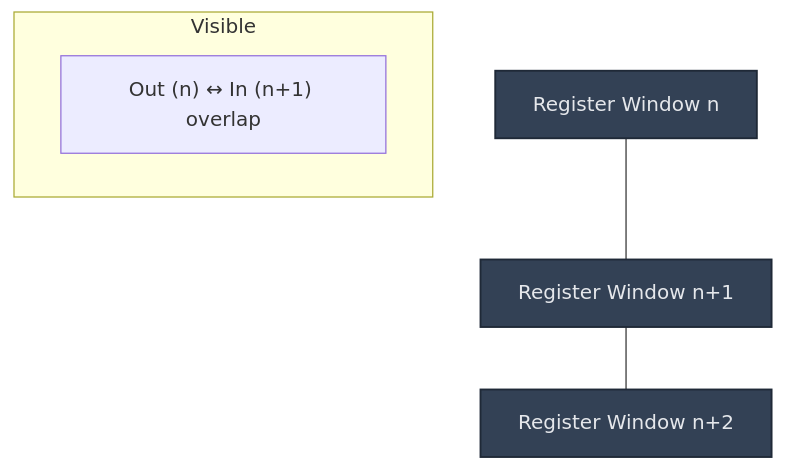
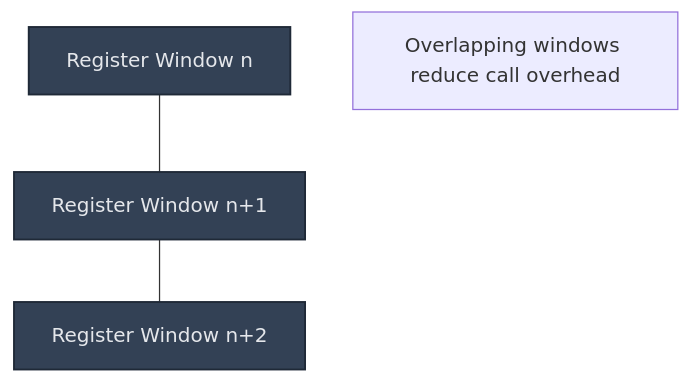
The ninth of 15 diagrams in docs/level-4/computing-skills/computer-systems-and-architecture.md (jaysalw/csref.dev), drawn with Mermaid before and after one commit. The commit also changed other lines of this file and 1 other file, not shown here.

Commit message:
Refactor Mermaid initialization and improve diagram rendering in documentation

````diff
--- a/docs/level-4/computing-skills/computer-systems-and-architecture.md
+++ b/docs/level-4/computing-skills/computer-systems-and-architecture.md
@@ -198,11 +200,13 @@
 ```mermaid
 flowchart TB
   classDef rf fill:#334155,stroke:#1f2937,stroke-width:1.5,color:#e5e7eb;
+  
   R0["Register Window n"]:::rf
   R1["Register Window n+1"]:::rf
   R2["Register Window n+2"]:::rf
-  R0 --- R1 --- R2
-  subgraph Visible
-    V["Out (n) ↔ In (n+1) overlap"]
-  end
+  
+  R0 --- R1
+  R1 --- R2
+  
+  note["Overlapping windows reduce call overhead"]
 ```
````
